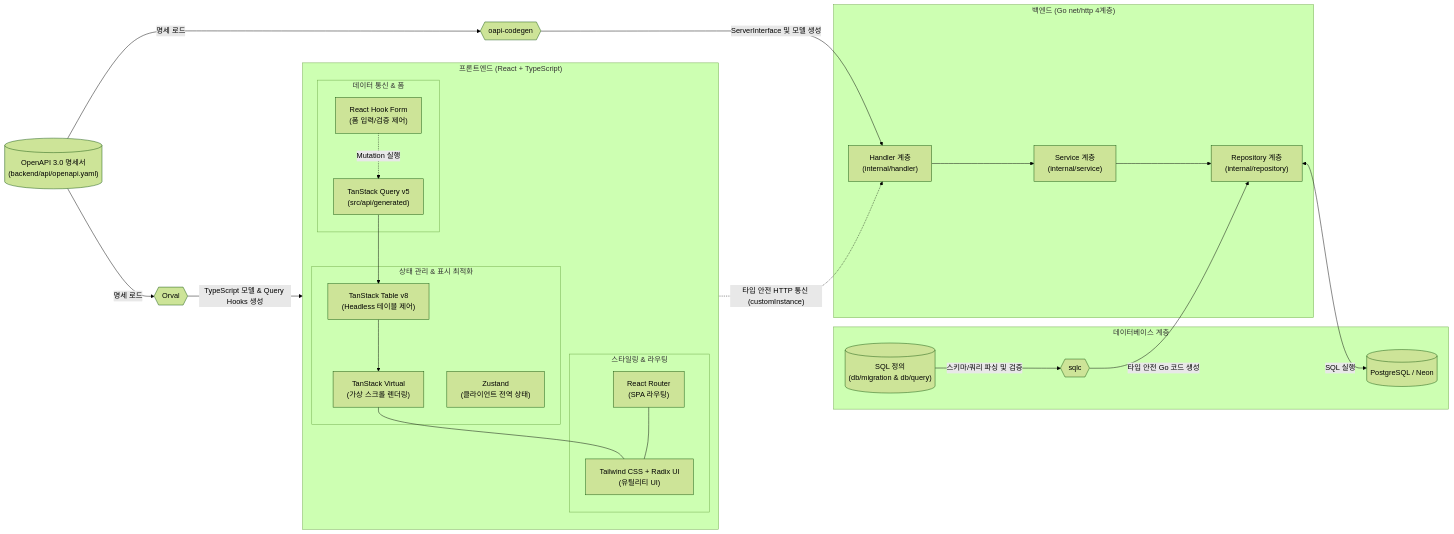
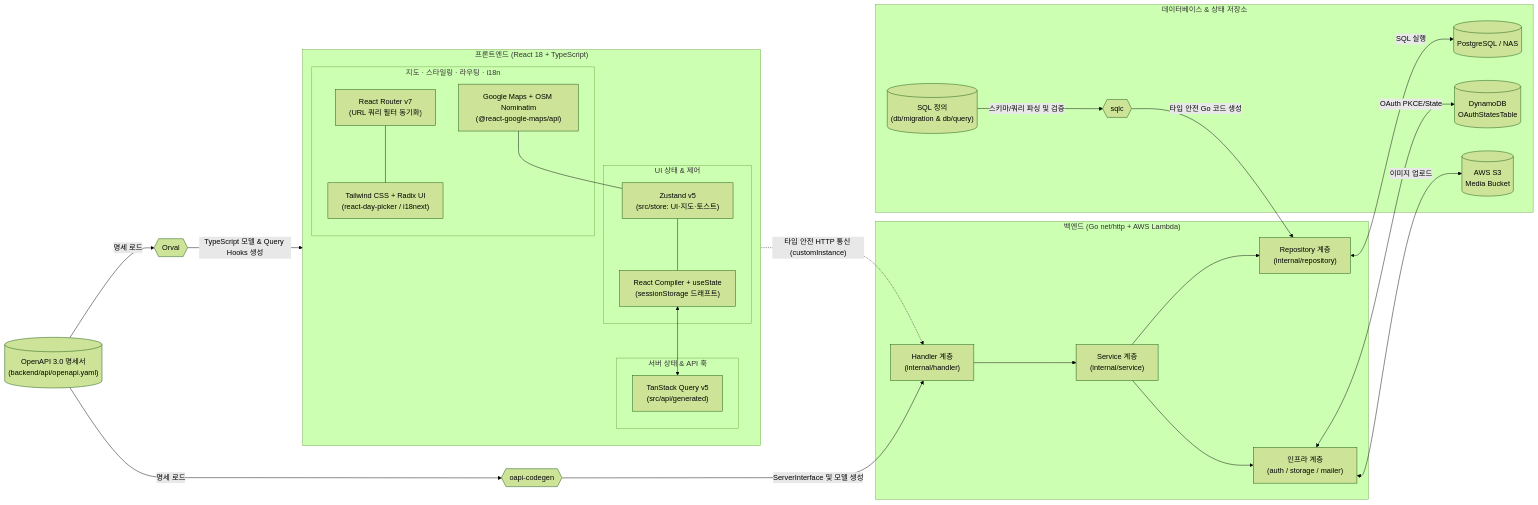
The diagram in .agent/rules/project_rules.md (koanghun/eventer-map), drawn with Mermaid (forest theme) before and after one commit. The commit also changed other lines of this file and 22 other files, not shown here.

````diff
--- a/.agent/rules/project_rules.md
+++ b/.agent/rules/project_rules.md
@@ -16,52 +16,57 @@
 ```mermaid
 flowchart LR
-    subgraph DB_Layer["데이터베이스 계층"]
+    subgraph DB_Layer["데이터베이스 & 상태 저장소"]
         SQLFiles[("SQL 정의<br/>(db/migration & db/query)")]
         SQLC{{"sqlc"}}
-        DB[(PostgreSQL / Neon)]
+        DB[(PostgreSQL / NAS)]
+        DDB[(DynamoDB<br/>OAuthStatesTable)]
+        S3[(AWS S3<br/>Media Bucket)]
     end
 
-    subgraph Backend_Layer["백엔드 (Go net/http 4계층)"]
+    subgraph Backend_Layer["백엔드 (Go net/http + AWS Lambda)"]
         Handler["Handler 계층<br/>(internal/handler)"]
         Service["Service 계층<br/>(internal/service)"]
         Repo["Repository 계층<br/>(internal/repository)"]
+        Support["인프라 계층<br/>(auth / storage / mailer)"]
     end
 
     GoCodegen{{"oapi-codegen"}}
     OpenAPI[("OpenAPI 3.0 명세서<br/>(backend/api/openapi.yaml)")]
     Orval{{"Orval"}}
 
-    subgraph Frontend_Layer["프론트엔드 (React + TypeScript)"]
+    subgraph Frontend_Layer["프론트엔드 (React 18 + TypeScript)"]
         direction TB
-        subgraph FE_Data["데이터 통신 & 폼"]
+        subgraph FE_Data["서버 상태 & API 훅"]
             TSQuery["TanStack Query v5<br/>(src/api/generated)"]
-            RHF["React Hook Form<br/>(폼 입력/검증 제어)"]
         end
-        subgraph FE_State["상태 관리 & 표시 최적화"]
-            Zustand["Zustand<br/>(클라이언트 전역 상태)"]
-            TSTable["TanStack Table v8<br/>(Headless 테이블 제어)"]
-            TSVirtual["TanStack Virtual<br/>(가상 스크롤 렌더링)"]
+        subgraph FE_State["UI 상태 & 제어"]
+            ReactState["React Compiler + useState<br/>(sessionStorage 드래프트)"]
+            Zustand["Zustand v5<br/>(src/store: UI·지도·토스트)"]
         end
-        subgraph FE_UI["스타일링 & 라우팅"]
-            Tailwind["Tailwind CSS + Radix UI<br/>(유틸리티 UI)"]
-            Router["React Router<br/>(SPA 라우팅)"]
+        subgraph FE_UI["지도 · 스타일링 · 라우팅 · i18n"]
+            MapUI["Google Maps + OSM Nominatim<br/>(@react-google-maps/api)"]
+            Tailwind["Tailwind CSS + Radix UI<br/>(react-day-picker / i18next)"]
+            Router["React Router v7<br/>(URL 쿼리 필터 동기화)"]
         end
     end
 
     SQLFiles -->|"스키마/쿼리 파싱 및 검증"| SQLC
     SQLC -->|"타입 안전 Go 코드 생성"| Repo
     Handler --> Service --> Repo
+    Service --> Support
     Repo <-->|"SQL 실행"| DB
+    Support <-->|"OAuth PKCE/State"| DDB
+    Support <-->|"이미지 업로드"| S3
 
     OpenAPI -->|"명세 로드"| GoCodegen
     GoCodegen -->|"ServerInterface 및 모델 생성"| Handler
 
     OpenAPI -->|"명세 로드"| Orval
     Orval -->|"TypeScript 모델 & Query Hooks 생성"| TSQuery
 
-    TSQuery --> TSTable --> TSVirtual
-    RHF -.->|"Mutation 실행"| TSQuery
-    TSVirtual --- Tailwind
+    ReactState <--> TSQuery
+    Zustand --- ReactState
+    MapUI --- Zustand
     Router --- Tailwind
     TSQuery -.->|"타입 안전 HTTP 통신 (customInstance)"| Handler
 ```
````
